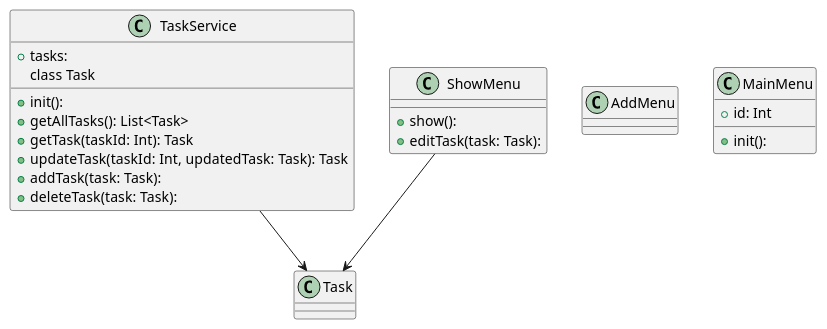
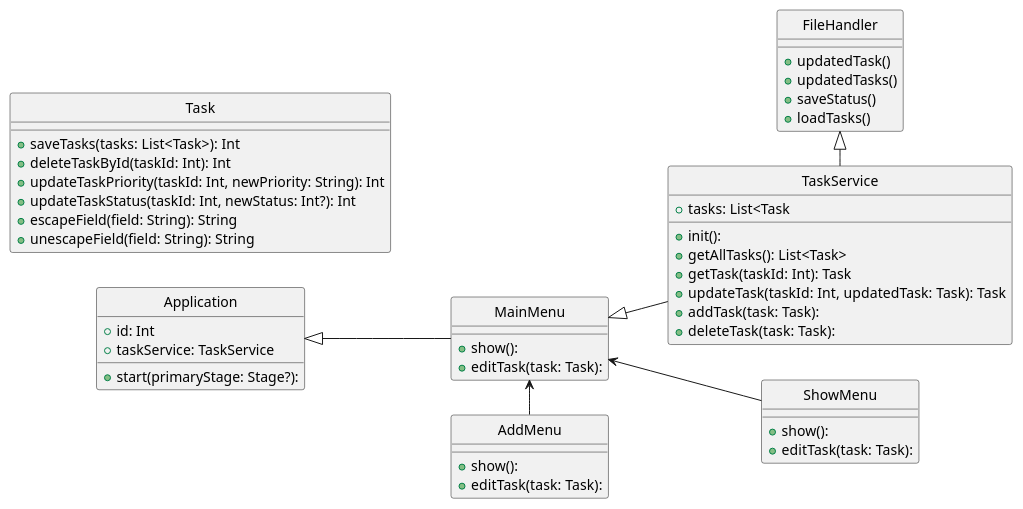
One commit to ReniIrinyi/FocusFlow changed the diagram in docs/diagram.puml. Above: the diagram before and after it, drawn with PlantUML. The commit also changed 14 other files, not shown here.

```diff
--- a/docs/diagram.puml
+++ b/docs/diagram.puml
@@ -1,24 +1,56 @@
 @startuml
+hide circle
+left to right direction
+
+class FileHandler {
+    + updatedTask()
+    + updatedTasks()
+    + saveStatus()
+    + loadTasks()
+    }
+
+class Task {
+    + saveTasks(tasks: List<Task>): Int
+    + deleteTaskById(taskId: Int): Int
+    + updateTaskPriority(taskId: Int, newPriority: String): Int
+    + updateTaskStatus(taskId: Int, newStatus: Int?): Int
+    + escapeField(field: String): String
+    + unescapeField(field: String): String
+}
 class TaskService {
-    + tasks: 
+    + tasks: List<Task
     + init(): 
     + getAllTasks(): List<Task>
-class Task
     + getTask(taskId: Int): Task
     + updateTask(taskId: Int, updatedTask: Task): Task
     + addTask(task: Task): 
     + deleteTask(task: Task): 
 }
-class AddMenu {
-}
+
 class MainMenu {
+    + show():
+    + editTask(task: Task):
+    }
+class Application {
     + id: Int
-    + init(): 
-}
+    + taskService: TaskService
+    + start(primaryStage: Stage?):
+    }
+
 class ShowMenu {
-    + show(): 
-    + editTask(task: Task): 
-}
-TaskService --> Task
-ShowMenu --> Task
++ show():
+    + editTask(task: Task):
+    }
+    class AddMenu {
++ show():
+    + editTask(task: Task):
+    }
+
+
+Application <|-- MainMenu
+FileHandler <|-TaskService
+MainMenu <|-- TaskService
+MainMenu <--ShowMenu
+MainMenu <-AddMenu
+
 @enduml
```
